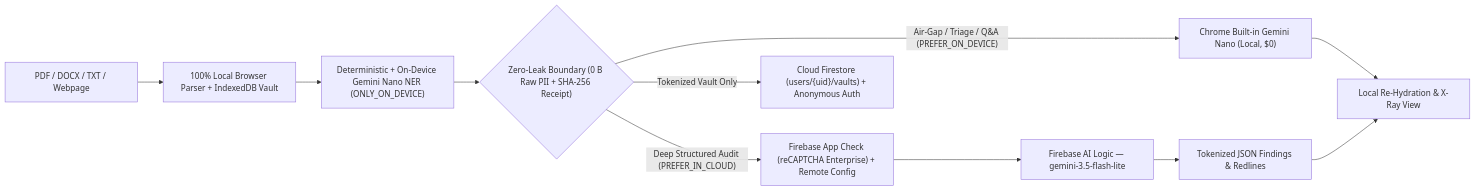
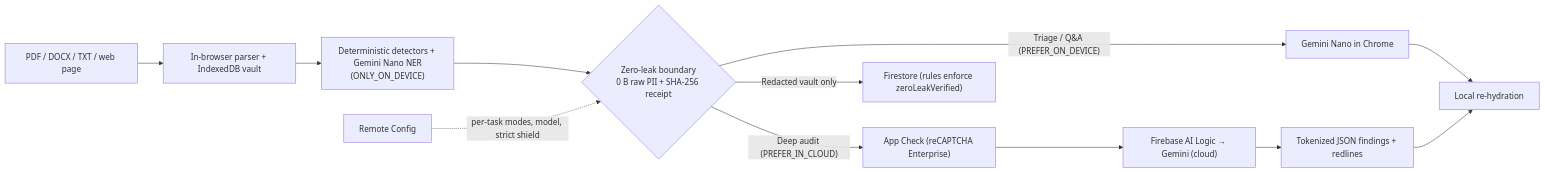
Before and after one commit to rahulkarthik-999/cloakvault-hybrid: the diagram in README.md, drawn with Mermaid. The commit also changed other lines of this file and 21 other files, not shown here.

````diff
--- a/README.md
+++ b/README.md
@@ -13,13 +47,14 @@
 ```mermaid
 flowchart LR
-    A["PDF / DOCX / TXT / Webpage"] --> B["100% Local Browser Parser + IndexedDB Vault"]
-    B --> C["Deterministic + On-Device Gemini Nano NER (ONLY_ON_DEVICE)"]
-    C --> D{"Zero-Leak Boundary (0 B Raw PII + SHA-256 Receipt)"}
-    D -->|"Air-Gap / Triage / Q&A (PREFER_ON_DEVICE)"| E["Chrome Built-in Gemini Nano (Local, $0)"]
-    D -->|"Deep Structured Audit (PREFER_IN_CLOUD)"| F["Firebase App Check (reCAPTCHA Enterprise) + Remote Config"]
-    F --> G["Firebase AI Logic — gemini-3.5-flash-lite"]
-    G --> H["Tokenized JSON Findings & Redlines"]
-    E --> I["Local Re-Hydration & X-Ray View"]
+    A["PDF / DOCX / TXT / web page"] --> B["In-browser parser + IndexedDB vault"]
+    B --> C["Deterministic detectors + Gemini Nano NER<br/>(ONLY_ON_DEVICE)"]
+    C --> D{"Zero-leak boundary<br/>0 B raw PII + SHA-256 receipt"}
+    D -->|"Triage / Q&A (PREFER_ON_DEVICE)"| E["Gemini Nano in Chrome"]
+    D -->|"Deep audit (PREFER_IN_CLOUD)"| F["App Check (reCAPTCHA Enterprise)"]
+    F --> G["Firebase AI Logic → Gemini (cloud)"]
+    G --> H["Tokenized JSON findings + redlines"]
+    E --> I["Local re-hydration"]
     H --> I
-    D -->|"Tokenized Vault Only"| J["Cloud Firestore (users/{uid}/vaults) + Anonymous Auth"]
+    D -->|"Redacted vault only"| J["Firestore (rules enforce zeroLeakVerified)"]
+    R["Remote Config"] -.->|"per-task modes, model, strict shield"| D
 ```
````
